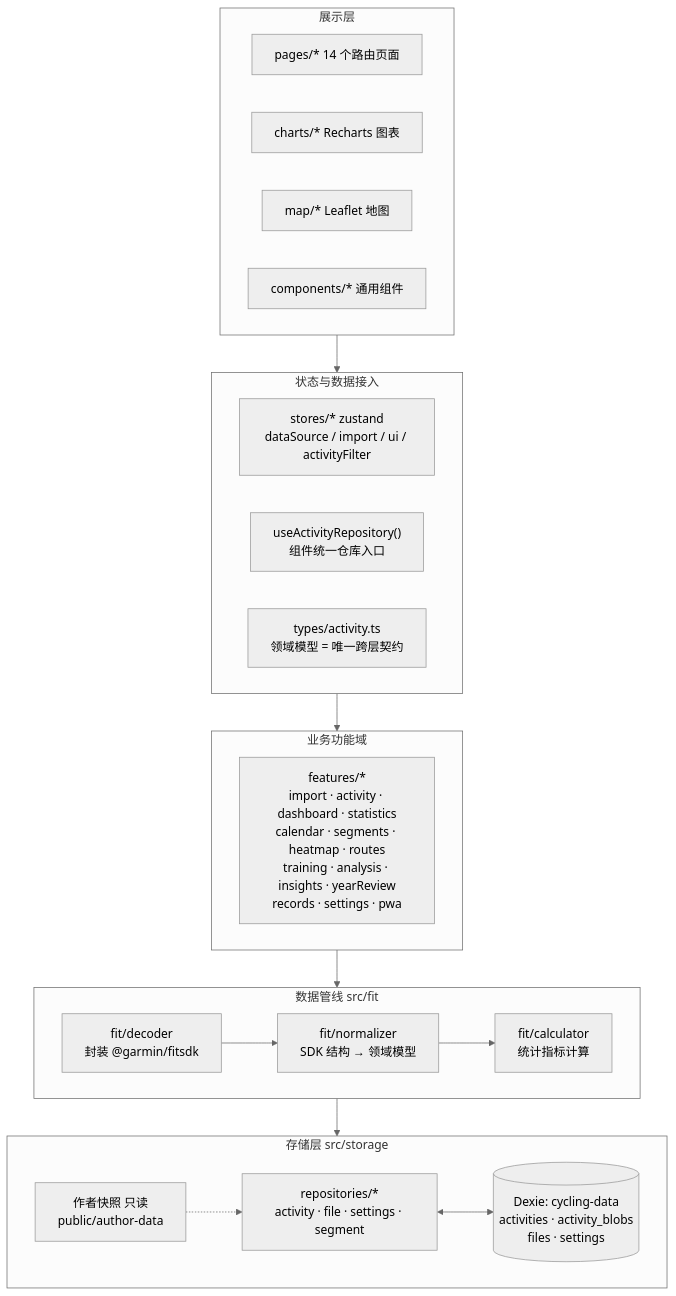
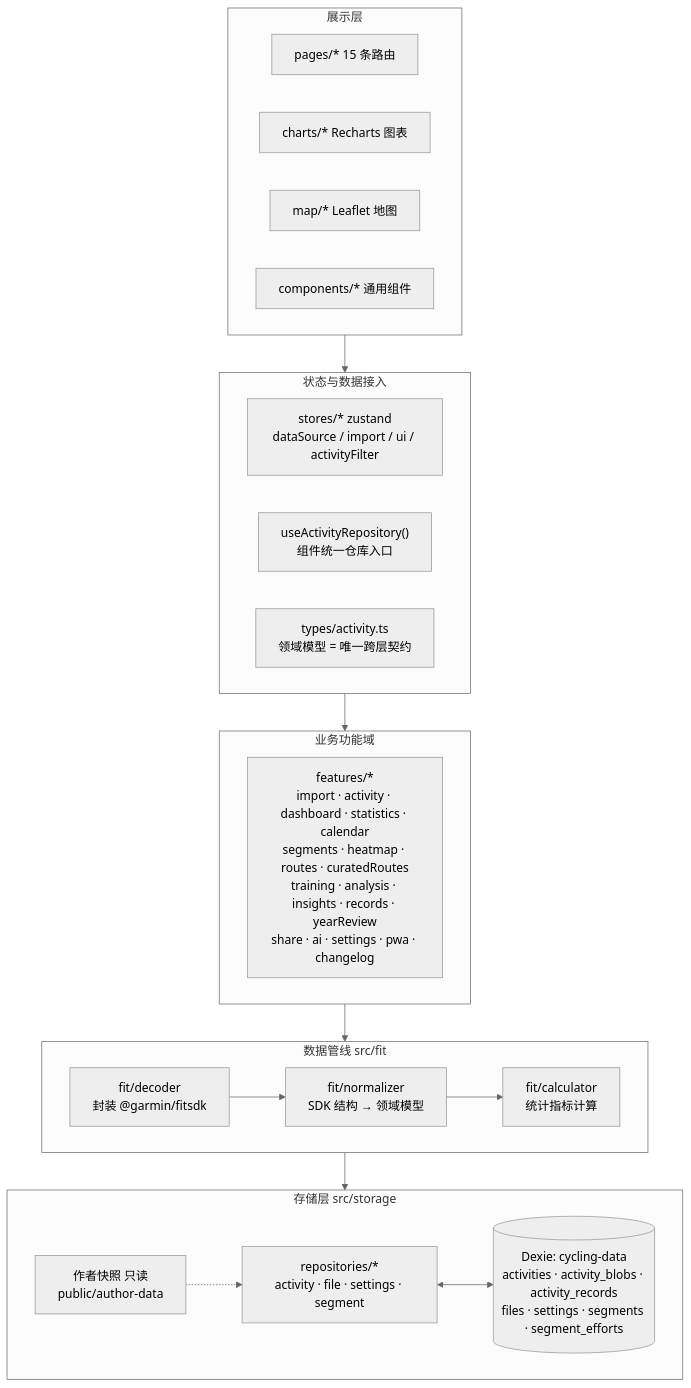
The first of 4 diagrams in docs/架构总览.md (999bug/cycling-analyzer), drawn with Mermaid (neutral theme) before and after one commit. The commit also changed other lines of this file and 27 other files, not shown here.

````diff
--- a/docs/架构总览.md
+++ b/docs/架构总览.md
@@ -28,28 +30,28 @@
 ```mermaid
 flowchart TD
     subgraph L1["展示层"]
-        P["pages/* 14 个路由页面"]
+        P["pages/* 15 条路由"]
         C["charts/* Recharts 图表"]
         M["map/* Leaflet 地图"]
         K["components/* 通用组件"]
     end
     subgraph L2["状态与数据接入"]
         S["stores/* zustand<br/>dataSource / import / ui / activityFilter"]
         H["useActivityRepository()<br/>组件统一仓库入口"]
         T["types/activity.ts<br/>领域模型 = 唯一跨层契约"]
     end
     subgraph L3["业务功能域"]
-        F["features/*<br/>import · activity · dashboard · statistics<br/>calendar · segments · heatmap · routes<br/>training · analysis · insights · yearReview<br/>records · settings · pwa"]
+        F["features/*<br/>import · activity · dashboard · statistics · calendar<br/>segments · heatmap · routes · curatedRoutes<br/>training · analysis · insights · records · yearReview<br/>share · ai · settings · pwa · changelog"]
     end
     subgraph L4["数据管线 src/fit"]
         D["fit/decoder<br/>封装 @garmin/fitsdk"] --> N["fit/normalizer<br/>SDK 结构 → 领域模型"] --> CA["fit/calculator<br/>统计指标计算"]
     end
     subgraph L5["存储层 src/storage"]
         R["repositories/*<br/>activity · file · settings · segment"]
-        DB[("Dexie: cycling-data<br/>activities · activity_blobs<br/>files · settings")]
+        DB[("Dexie: cycling-data<br/>activities · activity_blobs · activity_records<br/>files · settings · segments · segment_efforts")]
         AU["作者快照 只读<br/>public/author-data"]
     end
     L1 --> L2 --> L3 --> L4 --> L5
     R <--> DB
     AU -.-> R
 ```
````
